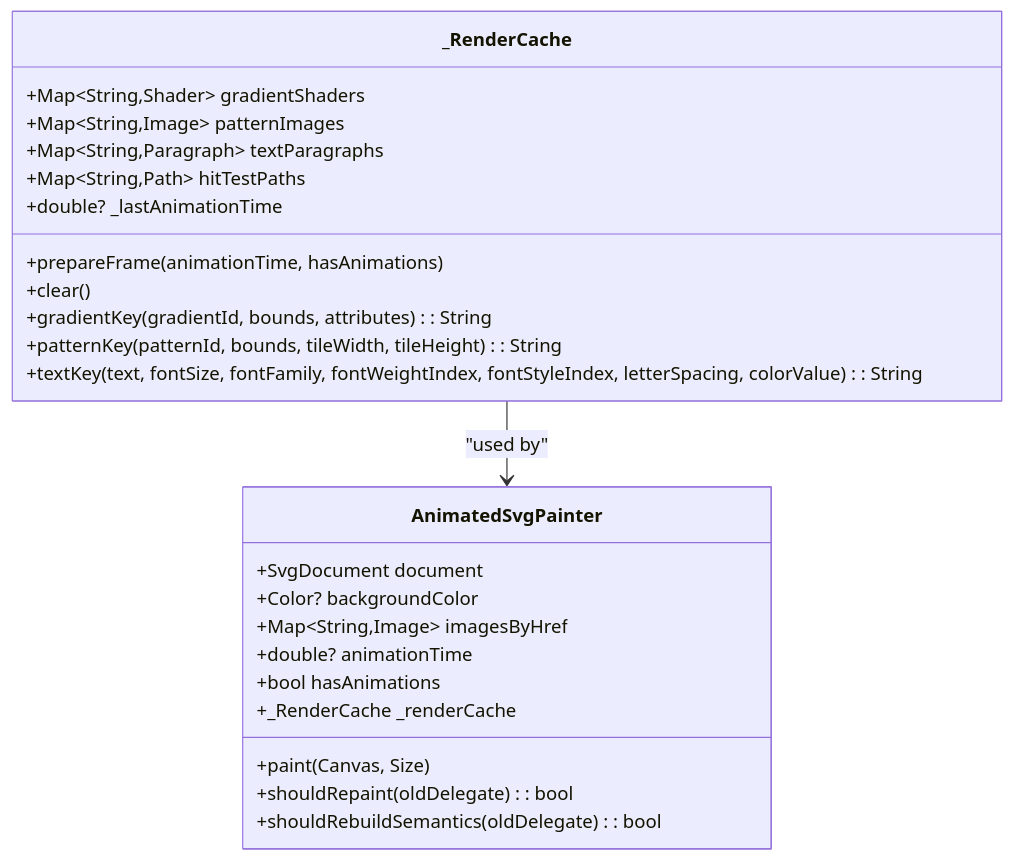
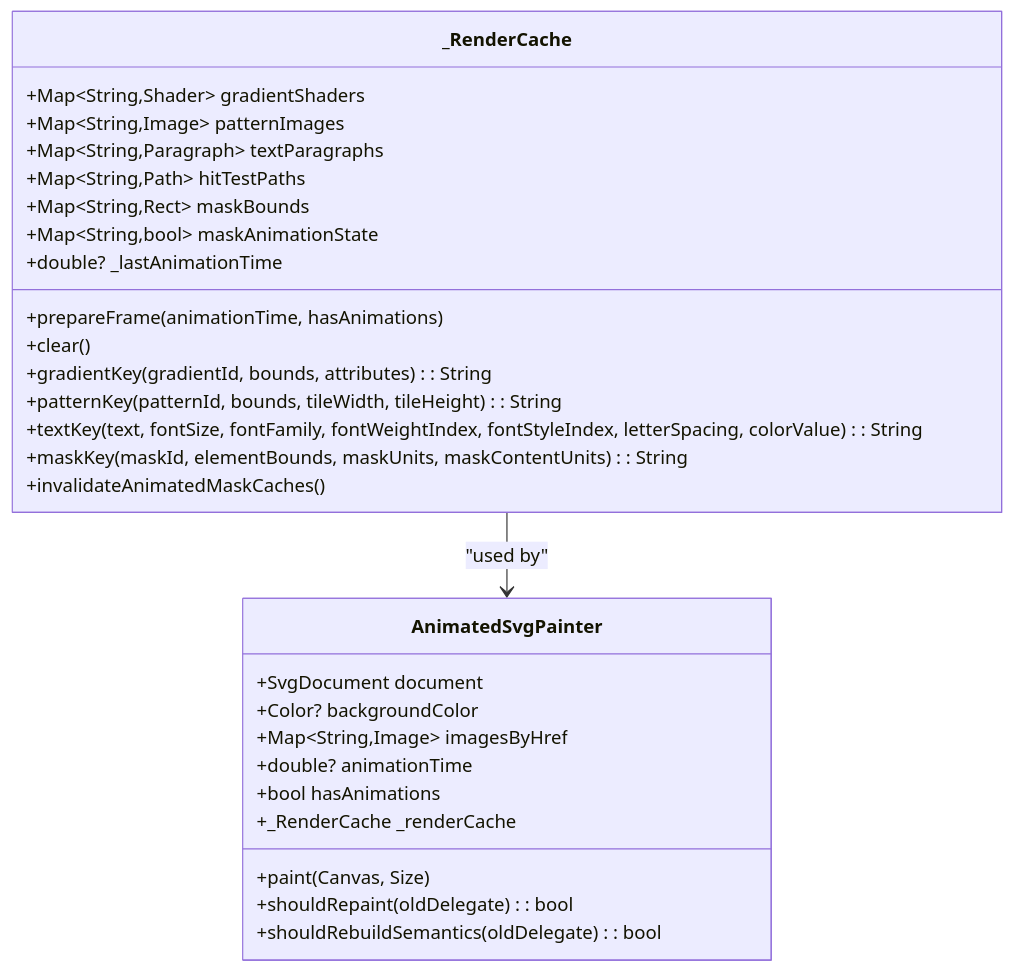
One commit to denisnadey/flutter_full_svg_support changed diagram 16 of 20 in .qoder/repowiki/en/content/Animated SVG Support/Advanced Animation Features/Advanced Animation Features.md. Above: the diagram before and after it, drawn with Mermaid. The commit also changed other lines of this file and 10 other files, not shown here.

````diff
--- a/.qoder/repowiki/en/content/Animated SVG Support/Advanced Animation Features/Advanced Animation Features.md
+++ b/.qoder/repowiki/en/content/Animated SVG Support/Advanced Animation Features/Advanced Animation Features.md
@@ -1411,27 +1460,31 @@
 ```mermaid
 classDiagram
 class _RenderCache {
 +Map~String,Shader~ gradientShaders
 +Map~String,Image~ patternImages
 +Map~String,Paragraph~ textParagraphs
 +Map~String,Path~ hitTestPaths
++Map~String,Rect~ maskBounds
++Map~String,bool~ maskAnimationState
 +double? _lastAnimationTime
 +prepareFrame(animationTime, hasAnimations)
 +clear()
 +gradientKey(gradientId, bounds, attributes) : String
 +patternKey(patternId, bounds, tileWidth, tileHeight) : String
 +textKey(text, fontSize, fontFamily, fontWeightIndex, fontStyleIndex, letterSpacing, colorValue) : String
++maskKey(maskId, elementBounds, maskUnits, maskContentUnits) : String
++invalidateAnimatedMaskCaches()
 }
 class AnimatedSvgPainter {
 +SvgDocument document
 +Color? backgroundColor
 +Map~String,Image~ imagesByHref
 +double? animationTime
 +bool hasAnimations
 +_RenderCache _renderCache
 +paint(Canvas, Size)
 +shouldRepaint(oldDelegate) : bool
 +shouldRebuildSemantics(oldDelegate) : bool
 }
 _RenderCache --> AnimatedSvgPainter : "used by"
 ```
````
